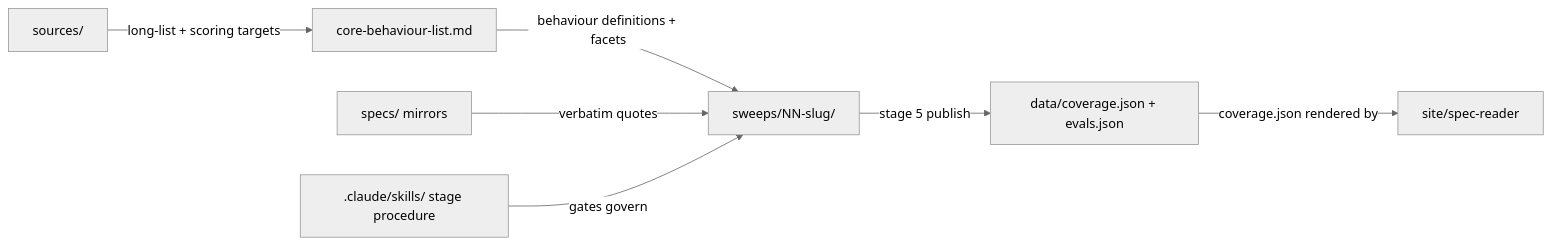
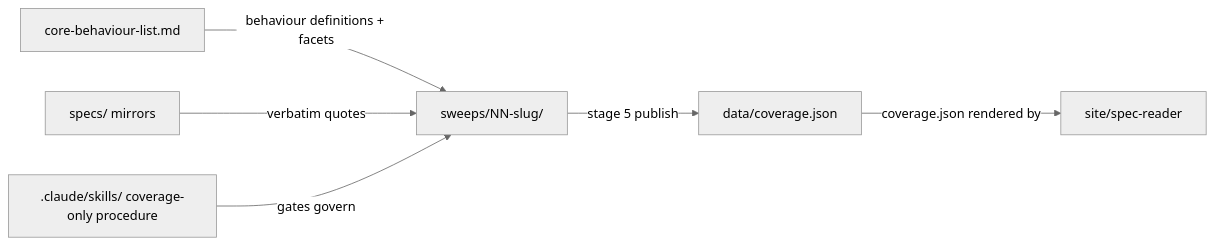
Before and after one commit to AndresCotton/ai-character-index: the diagram in research/OVERVIEW.md, drawn with Mermaid (neutral theme). The commit also changed other lines of this file and 6 other files, not shown here.

````diff
--- a/research/OVERVIEW.md
+++ b/research/OVERVIEW.md
@@ -23,9 +22,8 @@
 ```mermaid
 graph LR
-  SRC["sources/"] -->|long-list + scoring targets| CBL["core-behaviour-list.md"]
-  CBL -->|behaviour definitions + facets| SW["sweeps/NN-slug/"]
+  CBL["core-behaviour-list.md"] -->|behaviour definitions + facets| SW["sweeps/NN-slug/"]
   SPECS["specs/ mirrors"] -->|verbatim quotes| SW
-  SK[".claude/skills/ stage procedure"] -->|gates govern| SW
-  SW -->|stage 5 publish| DATA["data/coverage.json + evals.json"]
+  SK[".claude/skills/ coverage-only procedure"] -->|gates govern| SW
+  SW -->|"stage 5 publish"| DATA["data/coverage.json"]
   DATA -->|"coverage.json rendered by"| SITE["site/spec-reader"]
 ```
````
